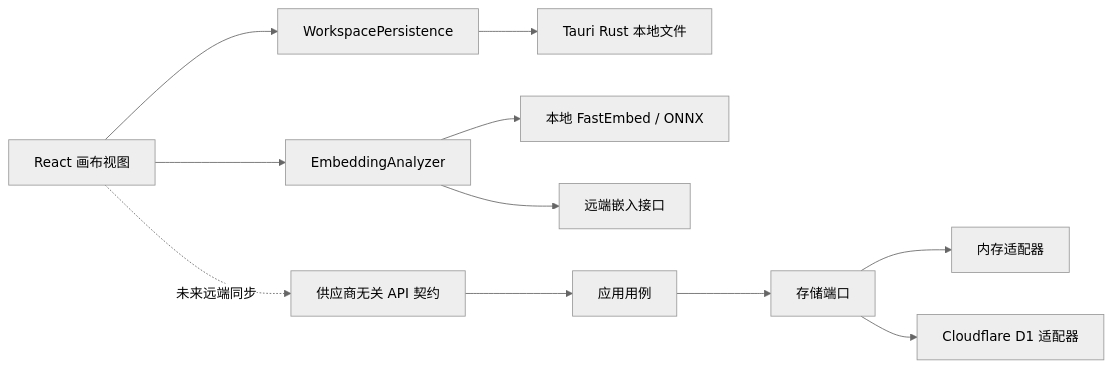
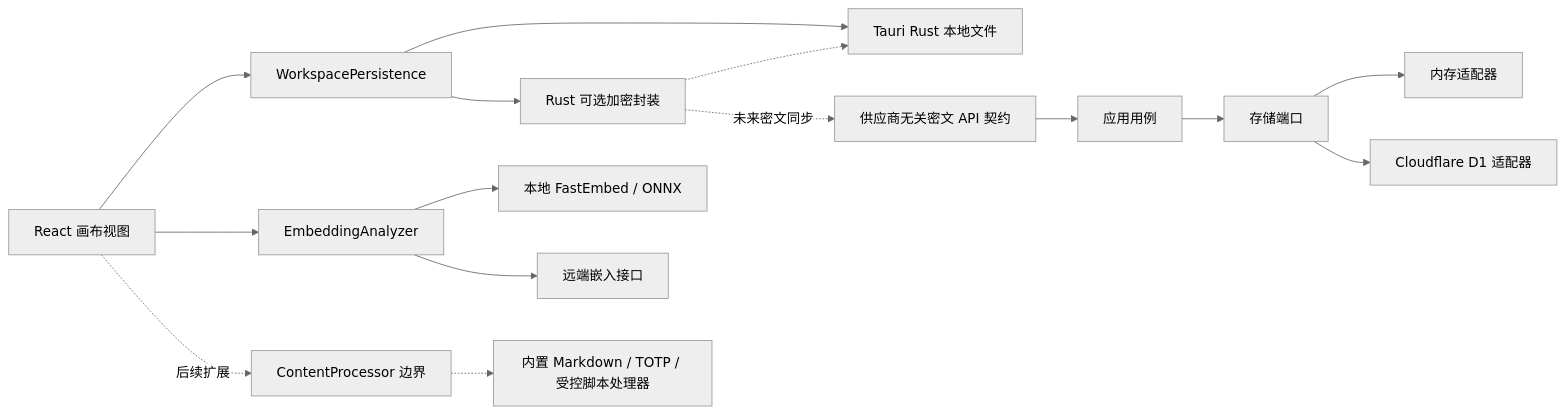
Before and after one commit to 3fteye/linked-info: the diagram in DEVELOPMENT.md, drawn with Mermaid (neutral theme). The commit also changed other lines of this file and 17 other files, not shown here.

````diff
--- a/DEVELOPMENT.md
+++ b/DEVELOPMENT.md
@@ -30,13 +32,17 @@
 ```mermaid
 flowchart LR
     UI["React 画布视图"] --> WP["WorkspacePersistence"]
     WP --> TF["Tauri Rust 本地文件"]
+    WP --> ENC["Rust 可选加密封装"]
+    ENC -.-> TF
     UI --> EA["EmbeddingAnalyzer"]
     EA --> LE["本地 FastEmbed / ONNX"]
     EA --> RE["远端嵌入接口"]
-    UI -. "未来远端同步" .-> API["供应商无关 API 契约"]
+    UI -. "后续扩展" .-> CP["ContentProcessor 边界"]
+    CP -.-> BUILTIN["内置 Markdown / TOTP / 受控脚本处理器"]
+    ENC -. "未来密文同步" .-> API["供应商无关密文 API 契约"]
     API --> APP["应用用例"]
     APP --> PORT["存储端口"]
     PORT --> MEM["内存适配器"]
     PORT --> D1["Cloudflare D1 适配器"]
 ```
````
